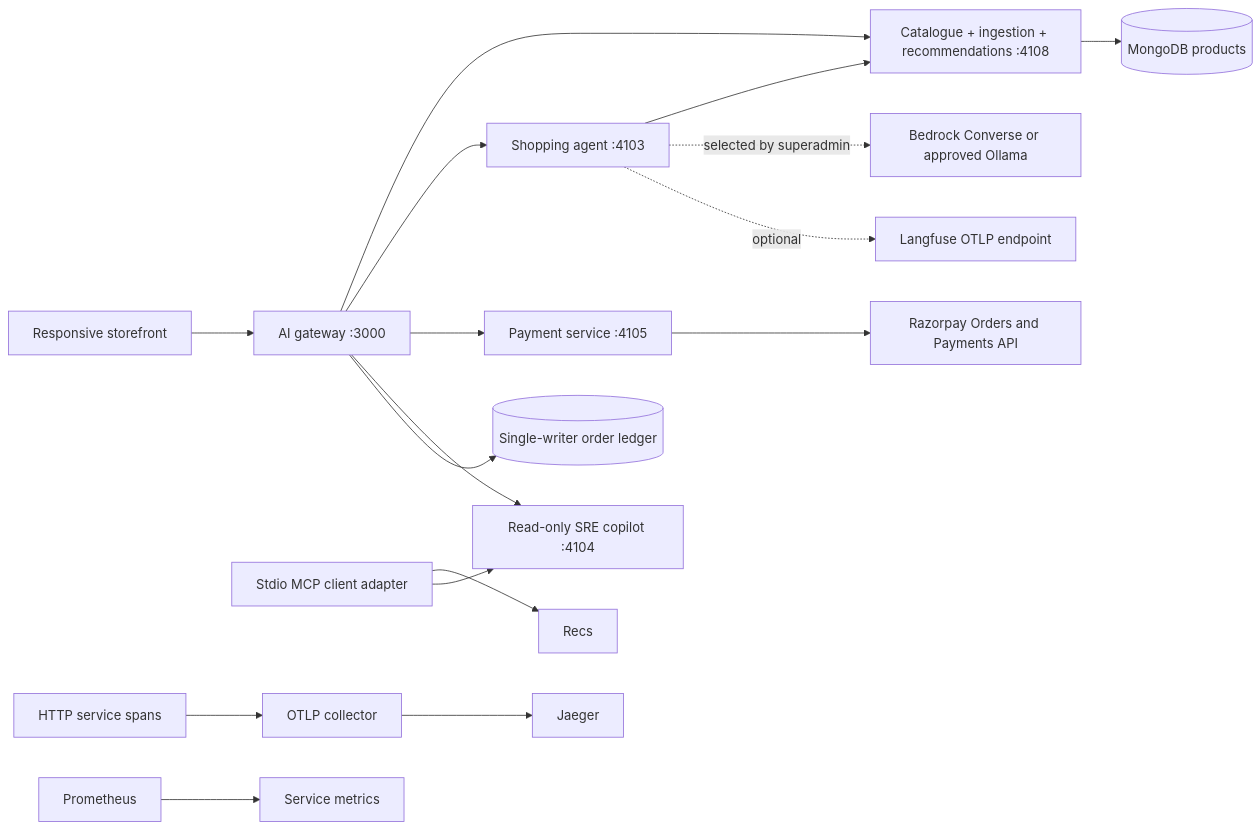
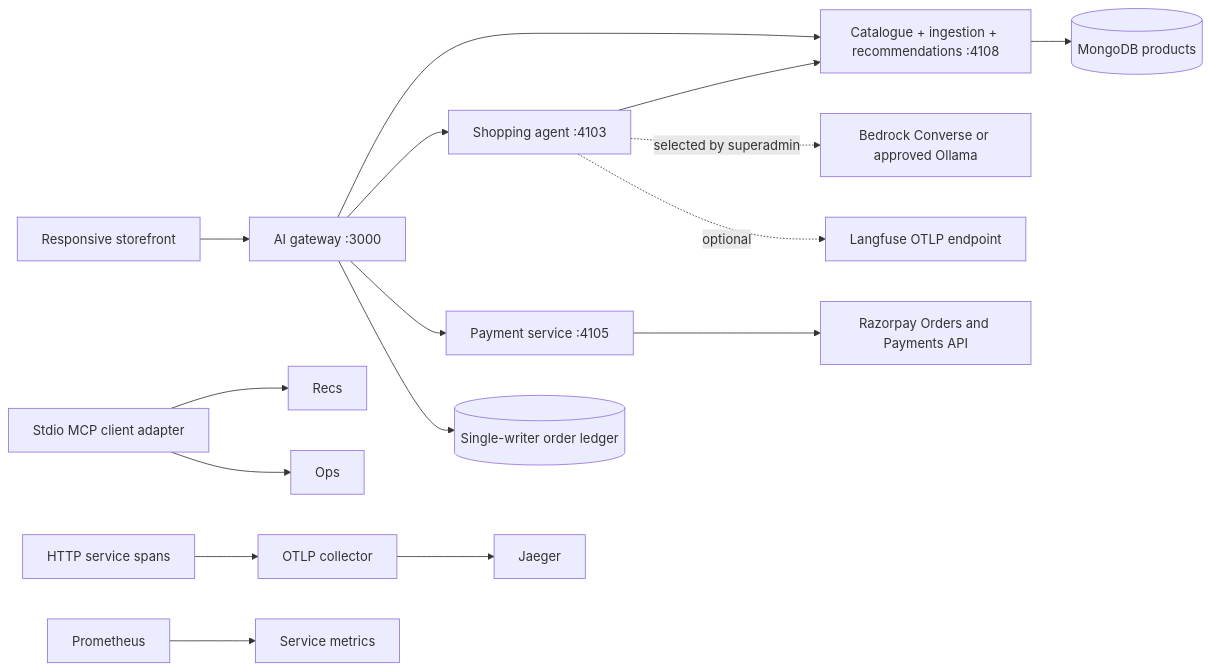
The diagram in docs/architecture/README.md (mrjithendar/roboshop-ai), drawn with Mermaid before and after one commit. The commit also changed 43 other files, not shown here.

Commit message:
remove sre copilot

````diff
--- a/docs/architecture/README.md
+++ b/docs/architecture/README.md
@@ -3,19 +3,18 @@
 ```mermaid
 flowchart LR
   Browser[Responsive storefront] --> Gateway[AI gateway :3000]
   Gateway --> Catalog[Catalogue + ingestion + recommendations :4108]
   Catalog --> Mongo[(MongoDB products)]
   Gateway --> Agent[Shopping agent :4103]
   Gateway --> Payment[Payment service :4105]
   Payment --> Razorpay[Razorpay Orders and Payments API]
-  Gateway --> Ops[Read-only SRE copilot :4104]
   Gateway --> Ledger[(Single-writer order ledger)]
   Agent --> Catalog
   Agent -. selected by superadmin .-> LLM[Bedrock Converse or approved Ollama]
   MCP[Stdio MCP client adapter] --> Recs
   MCP --> Ops
   Services[HTTP service spans] --> Collector[OTLP collector]
   Collector --> Jaeger[Jaeger]
   Prometheus[Prometheus] --> Metrics[Service metrics]
   Agent -. optional .-> Langfuse[Langfuse OTLP endpoint]
 ```
````
